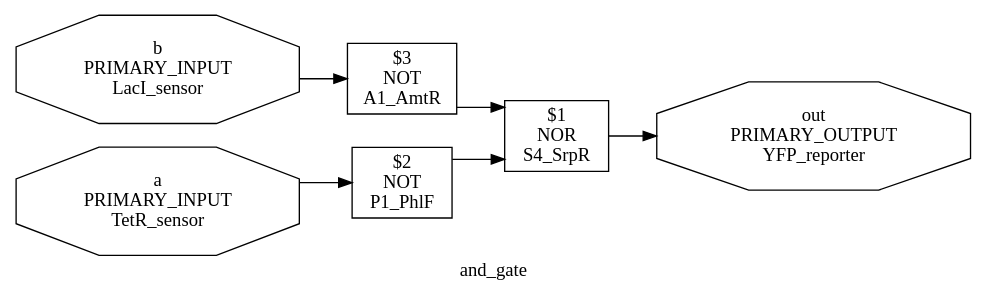
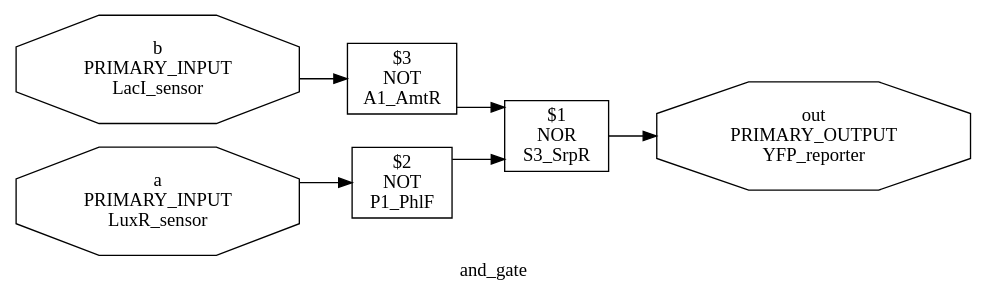
Before and after one commit to BU-EC552/banjos: the diagram in output/and_gate_technologyMapping.dot, drawn with Graphviz. The commit also changed 909 other files, not shown here.

```diff
--- a/output/and_gate_technologyMapping.dot
+++ b/output/and_gate_technologyMapping.dot
@@ -1,31 +1,31 @@
 digraph and_gate {
 label="and_gate"
 rankdir="LR"
 remincross=true
 splines=ortho
 {rank = same; "b";"a";}
 {rank = same; "out";}
 "$1" [shape=box, label="$1
 NOR
-S4_SrpR"]
+S3_SrpR"]
 "out" [shape=octagon, label="out
 PRIMARY_OUTPUT
 YFP_reporter"]
 "$2" [shape=box, label="$2
 NOT
 P1_PhlF"]
 "$3" [shape=box, label="$3
 NOT
 A1_AmtR"]
 "b" [shape=octagon, label="b
 PRIMARY_INPUT
 LacI_sensor"]
 "a" [shape=octagon, label="a
 PRIMARY_INPUT
-TetR_sensor"]
+LuxR_sensor"]
 "$1" -> "out"
 "$2" -> "$1"
 "$3" -> "$1"
 "b" -> "$3"
 "a" -> "$2"
 }
```
